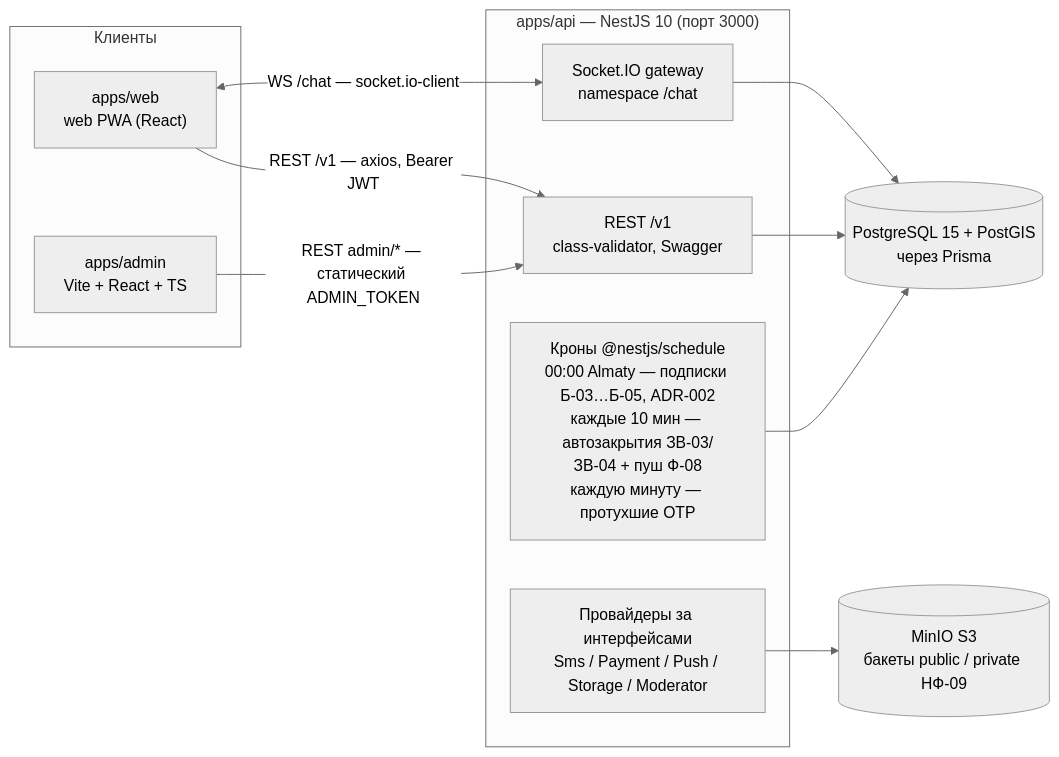
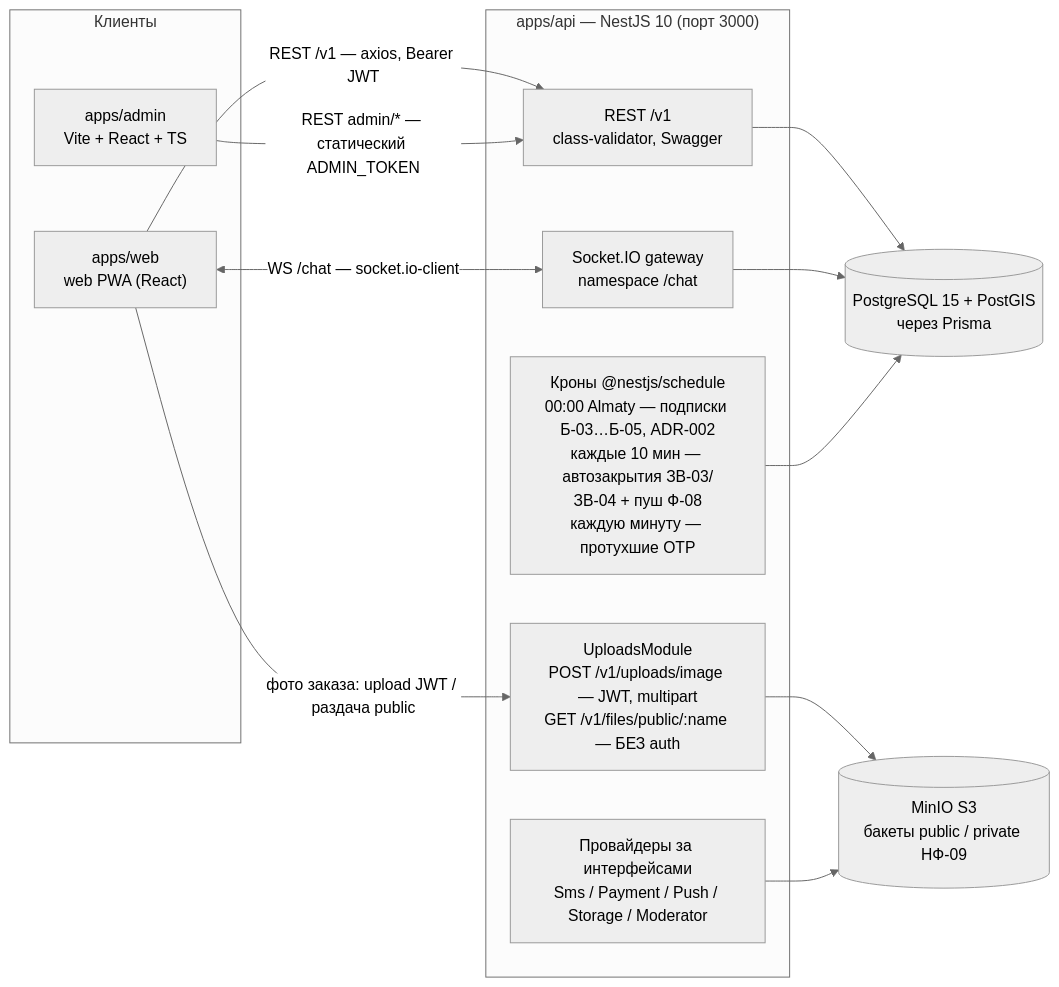
The diagram in docs/02-architecture.md (koishybek/zovu), drawn with Mermaid (neutral theme) before and after one commit. The commit also changed other lines of this file and 7 other files, not shown here.

````diff
--- a/docs/02-architecture.md
+++ b/docs/02-architecture.md
@@ -32,25 +32,28 @@
 ```mermaid
 flowchart LR
     subgraph clients["Клиенты"]
         web["apps/web<br/>web PWA (React)"]
         admin["apps/admin<br/>Vite + React + TS"]
     end
 
     subgraph api["apps/api — NestJS 10 (порт 3000)"]
         rest["REST /v1<br/>class-validator, Swagger"]
         ws["Socket.IO gateway<br/>namespace /chat"]
         cron["Кроны @nestjs/schedule<br/>00:00 Almaty — подписки Б-03…Б-05, ADR-002<br/>каждые 10 мин — автозакрытия ЗВ-03/ЗВ-04 + пуш Ф-08<br/>каждую минуту — протухшие OTP"]
+        uploads["UploadsModule<br/>POST /v1/uploads/image — JWT, multipart<br/>GET /v1/files/public/:name — БЕЗ auth"]
         prov["Провайдеры за интерфейсами<br/>Sms / Payment / Push / Storage / Moderator"]
     end
 
     pg[("PostgreSQL 15 + PostGIS<br/>через Prisma")]
     minio[("MinIO S3<br/>бакеты public / private НФ-09")]
 
     web -->|"REST /v1 — axios, Bearer JWT"| rest
     web <-->|"WS /chat — socket.io-client"| ws
+    web -->|"фото заказа: upload JWT / раздача public"| uploads
     admin -->|"REST admin/* — статический ADMIN_TOKEN"| rest
     rest --> pg
     ws --> pg
     cron --> pg
+    uploads --> minio
     prov --> minio
 ```
````
